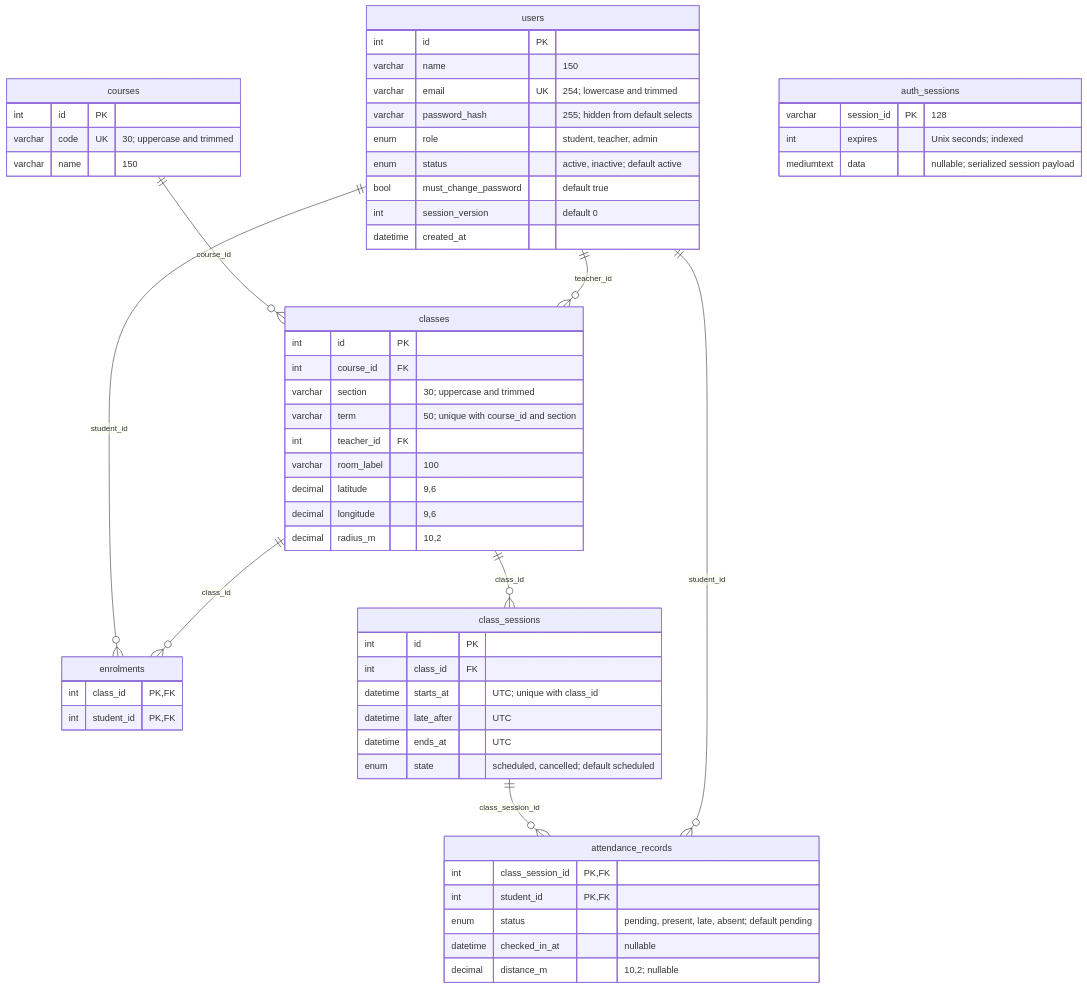
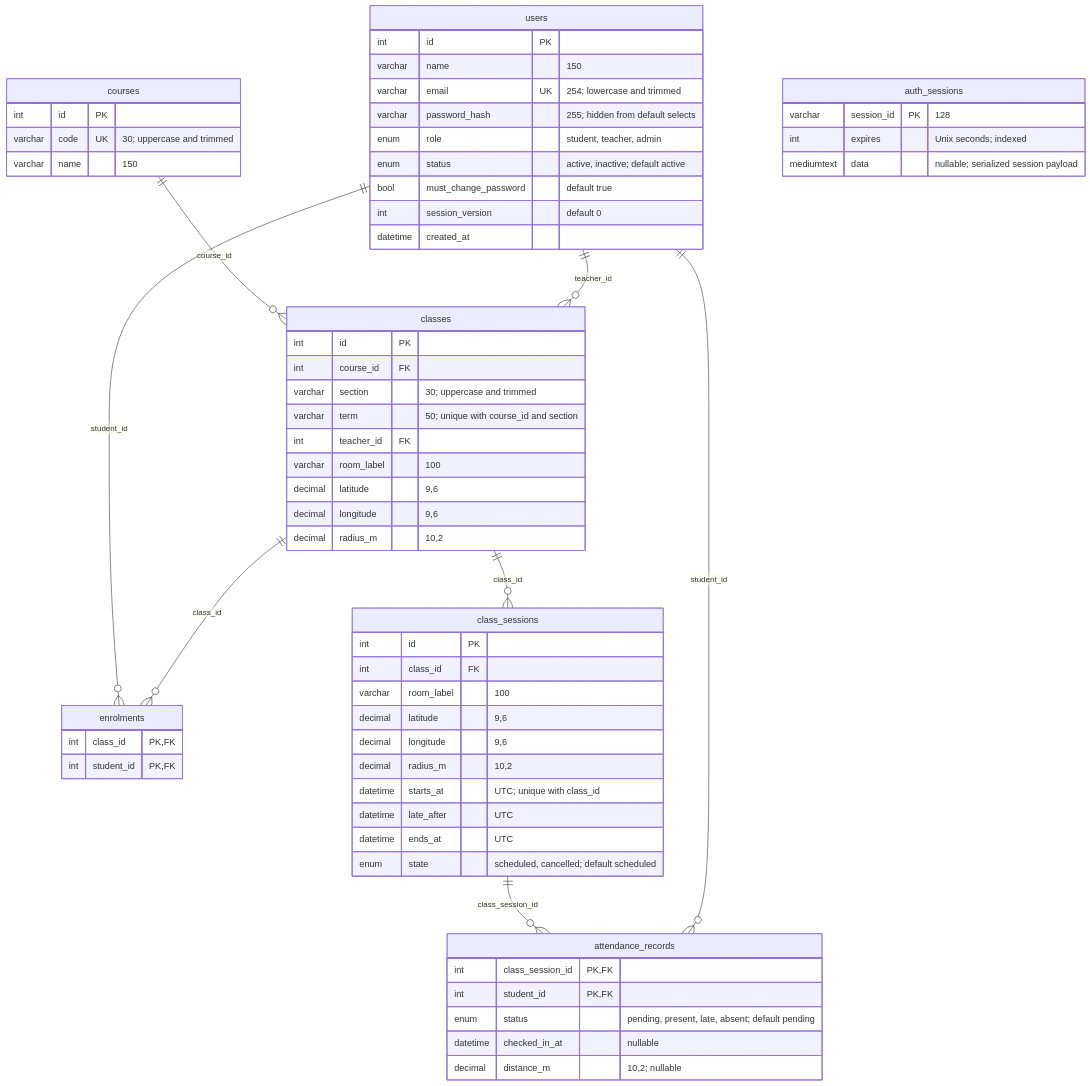
Before and after one commit to AungMoeThuam/opentexila-backend: the diagram in docs/database-erd.md, drawn with Mermaid. The commit also changed other lines of this file and 3 other files, not shown here.

Commit message:
fix(attendance): align session roster room_label and admin access with API spec

````diff
--- a/docs/database-erd.md
+++ b/docs/database-erd.md
@@ -7,62 +7,66 @@
 ```mermaid
 erDiagram
     courses ||--o{ classes : "course_id"
     users ||--o{ classes : "teacher_id"
     users ||--o{ enrolments : "student_id"
     classes ||--o{ enrolments : "class_id"
     classes ||--o{ class_sessions : "class_id"
     class_sessions ||--o{ attendance_records : "class_session_id"
     users ||--o{ attendance_records : "student_id"
 
     users {
         int id PK
         varchar name "150"
         varchar email UK "254; lowercase and trimmed"
         varchar password_hash "255; hidden from default selects"
         enum role "student, teacher, admin"
         enum status "active, inactive; default active"
         bool must_change_password "default true"
         int session_version "default 0"
         datetime created_at
     }
     courses {
         int id PK
         varchar code UK "30; uppercase and trimmed"
         varchar name "150"
     }
     classes {
         int id PK
         int course_id FK
         varchar section "30; uppercase and trimmed"
         varchar term "50; unique with course_id and section"
         int teacher_id FK
         varchar room_label "100"
         decimal latitude "9,6"
         decimal longitude "9,6"
         decimal radius_m "10,2"
     }
     enrolments {
         int class_id PK, FK
         int student_id PK, FK
     }
     class_sessions {
         int id PK
         int class_id FK
+        varchar room_label "100"
+        decimal latitude "9,6"
+        decimal longitude "9,6"
+        decimal radius_m "10,2"
         datetime starts_at "UTC; unique with class_id"
         datetime late_after "UTC"
         datetime ends_at "UTC"
         enum state "scheduled, cancelled; default scheduled"
     }
     attendance_records {
         int class_session_id PK, FK
         int student_id PK, FK
         enum status "pending, present, late, absent; default pending"
         datetime checked_in_at "nullable"
         decimal distance_m "10,2; nullable"
     }
     auth_sessions {
         varchar session_id PK "128"
         int expires "Unix seconds; indexed"
         mediumtext data "nullable; serialized session payload"
     }
 ```
````
